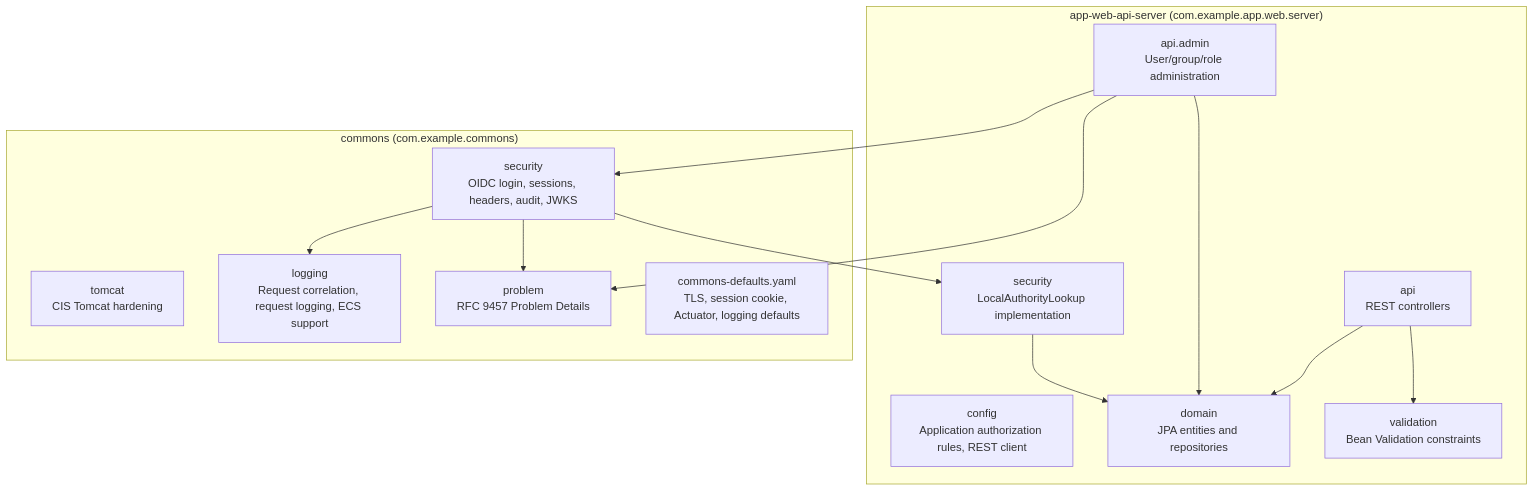
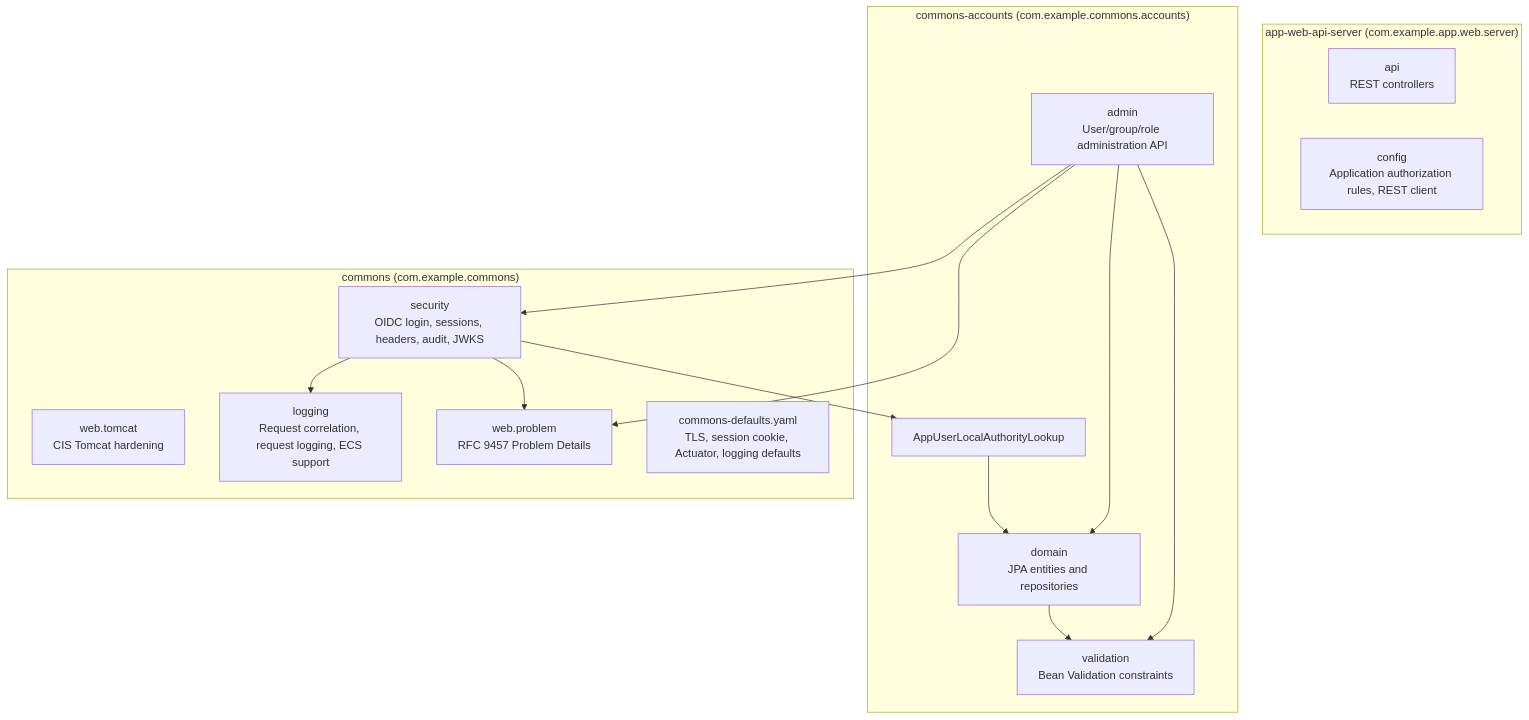
The first of 4 diagrams in docs/system-design/05-building-block-view.md (justin-tay/java-app-web-api-server-template), drawn with Mermaid before and after one commit. The commit also changed other lines of this file and 54 other files, not shown here.

Commit message:
feat: create commons-accounts

````diff
--- a/docs/system-design/05-building-block-view.md
+++ b/docs/system-design/05-building-block-view.md
@@ -6,27 +6,29 @@
 ```mermaid
 flowchart TB
     subgraph app ["app-web-api-server (com.example.app.web.server)"]
         api["api\nREST controllers"]
-        admin["api.admin\nUser/group/role administration"]
         config["config\nApplication authorization rules, REST client"]
+    end
+    subgraph accounts ["commons-accounts (com.example.commons.accounts)"]
+        admin["admin\nUser/group/role administration API"]
         domain["domain\nJPA entities and repositories"]
-        lookup["security\nLocalAuthorityLookup implementation"]
+        lookup["AppUserLocalAuthorityLookup"]
         validation["validation\nBean Validation constraints"]
     end
     subgraph commons ["commons (com.example.commons)"]
         websecurity["security\nOIDC login, sessions, headers, audit, JWKS"]
-        tomcat["tomcat\nCIS Tomcat hardening"]
+        tomcat["web.tomcat\nCIS Tomcat hardening"]
         logging["logging\nRequest correlation, request logging, ECS support"]
-        problem["problem\nRFC 9457 Problem Details"]
+        problem["web.problem\nRFC 9457 Problem Details"]
         defaults["commons-defaults.yaml\nTLS, session cookie, Actuator, logging defaults"]
     end
-    api --> domain
     admin --> domain
+    admin --> validation
     admin --> problem
     admin --> websecurity
+    domain --> validation
     lookup --> domain
     websecurity --> lookup
     websecurity --> logging
     websecurity --> problem
-    api --> validation
 ```
````
